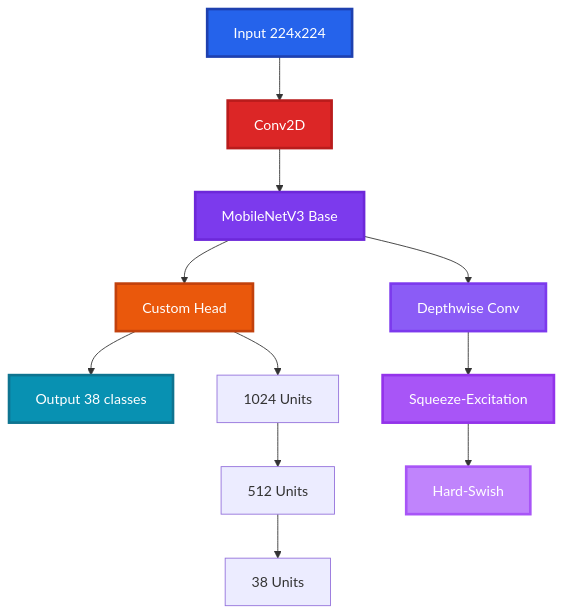
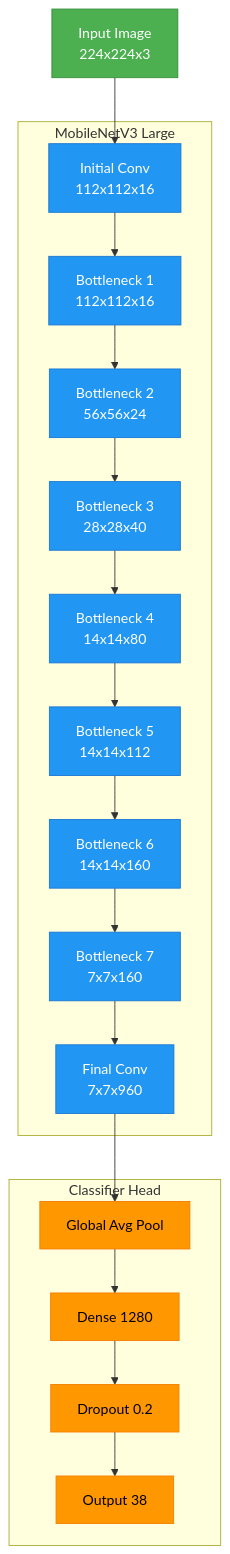
Before and after one commit to VIKAS9793/KrishiRakshak-2.0: the third of 4 diagrams in docs/ARCHITECTURE.md, drawn with Mermaid. The commit also changed other lines of this file, not shown here.

First line of the commit message:
fix: update Mermaid diagrams for GitHub compatibility

````diff
--- a/docs/ARCHITECTURE.md
+++ b/docs/ARCHITECTURE.md
@@ -246,24 +233,44 @@
 ```mermaid
 graph TD
-    A[Input 224x224] --> B[Conv2D]
-    B --> C[MobileNetV3 Base]
-    C --> D[Custom Head]
-    D --> E[Output 38 classes]
+    %% Input Layer
+    Input[Input Image
+    224x224x3] --> Conv[Initial Conv
+    112x112x16]
     
-    C --> F[Depthwise Conv]
-    F --> G[Squeeze-Excitation]
-    G --> H[Hard-Swish]
+    %% MobileNetV3 Blocks
+    subgraph MobileNetV3[MobileNetV3 Large]
+        Conv --> B1[Bottleneck 1
+        112x112x16]
+        B1 --> B2[Bottleneck 2
+        56x56x24]
+        B2 --> B3[Bottleneck 3
+        28x28x40]
+        B3 --> B4[Bottleneck 4
+        14x14x80]
+        B4 --> B5[Bottleneck 5
+        14x14x112]
+        B5 --> B6[Bottleneck 6
+        14x14x160]
+        B6 --> B7[Bottleneck 7
+        7x7x160]
+        B7 --> FinalConv[Final Conv
+        7x7x960]
+    end
     
-    D --> I[1024 Units]
-    I --> J[512 Units]
-    J --> K[38 Units]
-
-    style A fill:#2563eb,stroke:#1e40af,stroke-width:3px,color:#ffffff
-    style B fill:#dc2626,stroke:#b91c1c,stroke-width:3px,color:#ffffff
-    style C fill:#7c3aed,stroke:#6d28d9,stroke-width:3px,color:#ffffff
-    style D fill:#ea580c,stroke:#c2410c,stroke-width:3px,color:#ffffff
-    style E fill:#0891b2,stroke:#0e7490,stroke-width:3px,color:#ffffff
-    style F fill:#8b5cf6,stroke:#7c3aed,stroke-width:3px,color:#ffffff
-    style G fill:#a855f7,stroke:#9333ea,stroke-width:3px,color:#ffffff
-    style H fill:#c084fc,stroke:#a855f7,stroke-width:3px,color:#ffffff
+    %% Classifier Head
+    subgraph Head[Classifier Head]
+        FinalConv --> GAP[Global Avg Pool]
+        GAP --> Dense1[Dense 1280]
+        Dense1 --> Dropout[Dropout 0.2]
+        Dropout --> Output[Output 38]
+    end
+    
+    %% Styling
+    classDef input fill:#4CAF50,stroke:#388E3C,color:white
+    classDef layer fill:#2196F3,stroke:#1976D2,color:white
+    classDef head fill:#FF9800,stroke:#F57C00,color:black
+    
+    class Input input
+    class Conv,B1,B2,B3,B4,B5,B6,B7,FinalConv layer
+    class GAP,Dense1,Dropout,Output head
 ```
````
